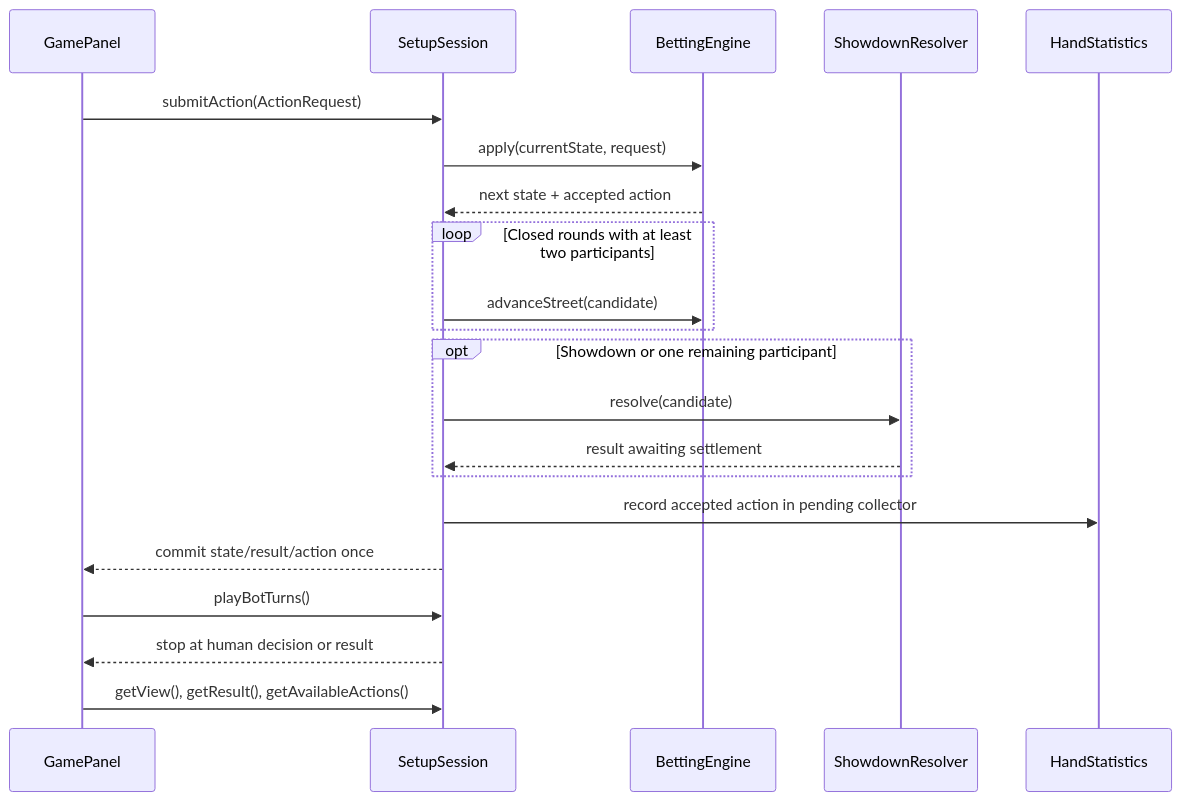
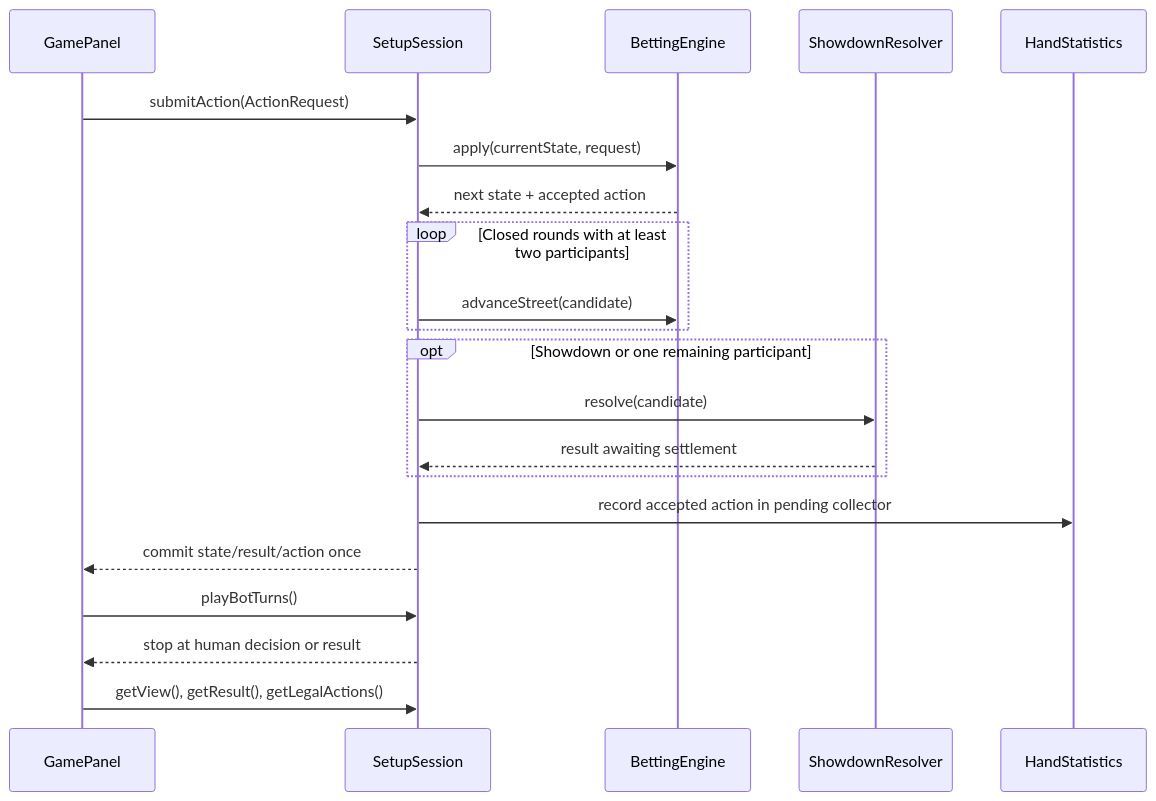
The diagram in docs/design/played-hand.md (nu-cs-sqe/cs380-software-quality-engineering-20262701-course-project-group-16), drawn with Mermaid before and after one commit. The commit also changed other lines of this file and 32 other files, not shown here.

````diff
--- a/docs/design/played-hand.md
+++ b/docs/design/played-hand.md
@@ -9,23 +9,23 @@
 ```mermaid
 sequenceDiagram
     participant UI as GamePanel
     participant Session as SetupSession
     participant Engine as BettingEngine
     participant Resolver as ShowdownResolver
     participant Stats as HandStatistics
     UI->>Session: submitAction(ActionRequest)
     Session->>Engine: apply(currentState, request)
     Engine-->>Session: next state + accepted action
     loop Closed rounds with at least two participants
         Session->>Engine: advanceStreet(candidate)
     end
     opt Showdown or one remaining participant
         Session->>Resolver: resolve(candidate)
         Resolver-->>Session: result awaiting settlement
     end
     Session->>Stats: record accepted action in pending collector
     Session-->>UI: commit state/result/action once
     UI->>Session: playBotTurns()
     Session-->>UI: stop at human decision or result
-    UI->>Session: getView(), getResult(), getAvailableActions()
+    UI->>Session: getView(), getResult(), getLegalActions()
 ```
````
